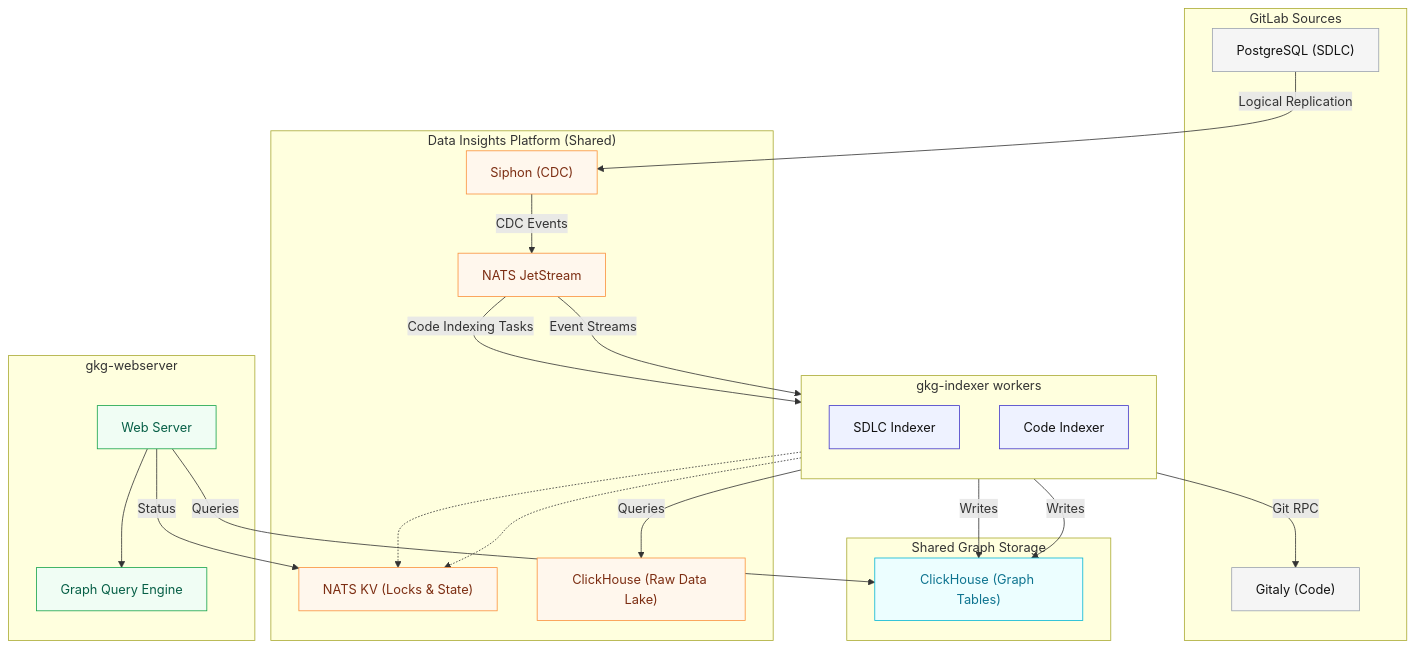
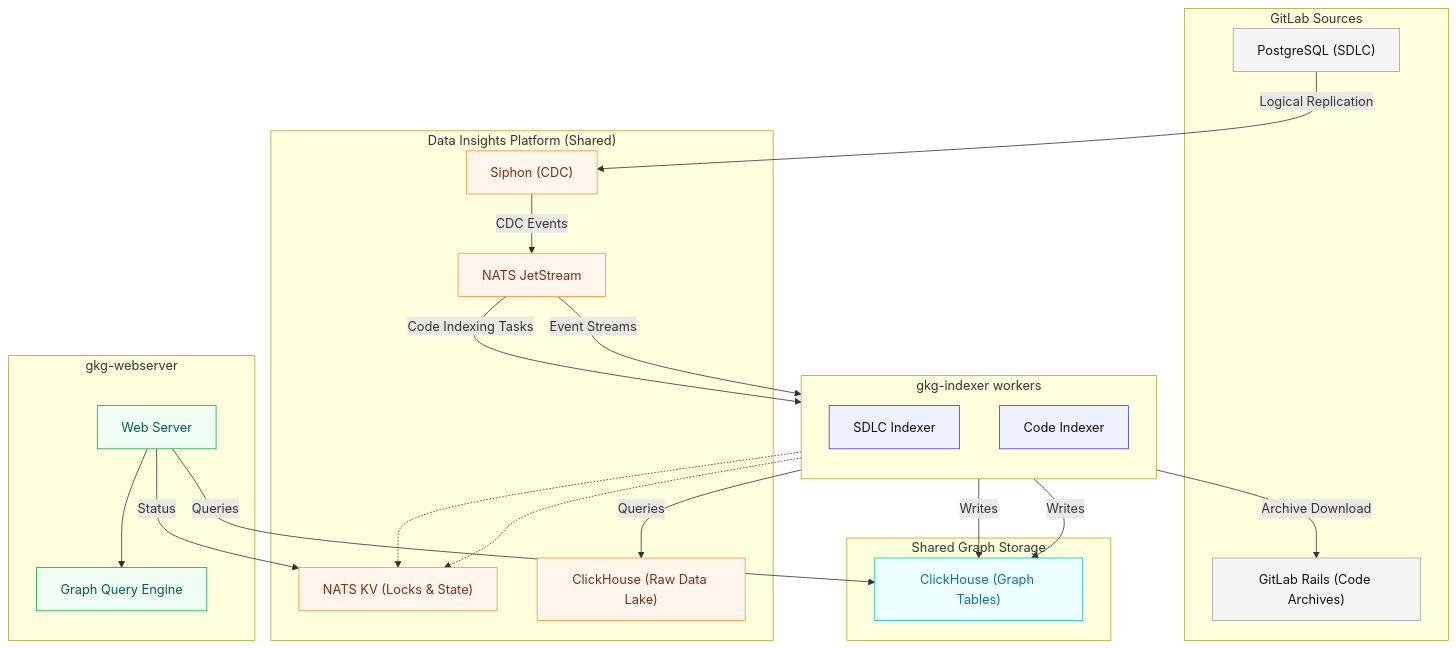
The diagram in docs/design-documents/indexing/README.md (gitlabhq/orbit-knowledge-graph), drawn with Mermaid before and after one commit. The commit also changed other lines of this file and 12 other files, not shown here.

````diff
--- a/docs/design-documents/indexing/README.md
+++ b/docs/design-documents/indexing/README.md
@@ -27,61 +27,61 @@
 ```mermaid
 flowchart TD
   %% === Shared Infrastructure ===
   subgraph SOURCES["GitLab Sources"]
     PG["PostgreSQL (SDLC)"]
-    Gitaly["Gitaly (Code)"]
+    Rails["GitLab Rails (Code Archives)"]
   end
 
   subgraph DIP["Data Insights Platform (Shared)"]
     SYP["Siphon (CDC)"]
     JS["NATS JetStream"]
     KV["NATS KV (Locks & State)"]
     CH_RAW["ClickHouse (Raw Data Lake)"]
   end
 
   subgraph INDEXERS["gkg-indexer workers"]
     direction TB
     SDLC_IDX["SDLC Indexer"]
     CODE_IDX["Code Indexer"]
   end
 
   subgraph STORAGE["Shared Graph Storage"]
     CH_GRAPH["ClickHouse (Graph Tables)"]
   end
 
   subgraph QUERY["gkg-webserver"]
     WEB["Web Server"]
     QE["Graph Query Engine"]
   end
 
   %% === Data Flow ===
   PG -- Logical Replication --> SYP
   SYP -- CDC Events --> JS
   JS -- Event Streams --> SDLC_IDX
   JS -- Code Indexing Tasks --> CODE_IDX
-  CODE_IDX -- Git RPC --> Gitaly
+  CODE_IDX -- Archive Download --> Rails
 
   SDLC_IDX -- Queries --> CH_RAW
   SDLC_IDX -- Writes --> CH_GRAPH
   CODE_IDX -- Writes --> CH_GRAPH
 
   SDLC_IDX -.-> KV
   CODE_IDX -.-> KV
 
   WEB -- Queries --> CH_GRAPH
   WEB -- Status --> KV
   WEB --> QE
 
   %% === Styling ===
   classDef source fill:#f5f5f5,stroke:#9ca3af,color:#111
   classDef platform fill:#fff7ed,stroke:#fb923c,color:#7c2d12
   classDef indexer fill:#eef2ff,stroke:#4338ca,color:#111
   classDef storage fill:#ecfeff,stroke:#06b6d4,color:#0e7490
   classDef query fill:#f0fdf4,stroke:#16a34a,color:#065f46
 
-  class PG,Gitaly source
+  class PG,Rails source
   class SYP,JS,KV,CH_RAW platform
   class SDLC_IDX,CODE_IDX indexer
   class CH_GRAPH storage
   class WEB,QE query
 ```
````
